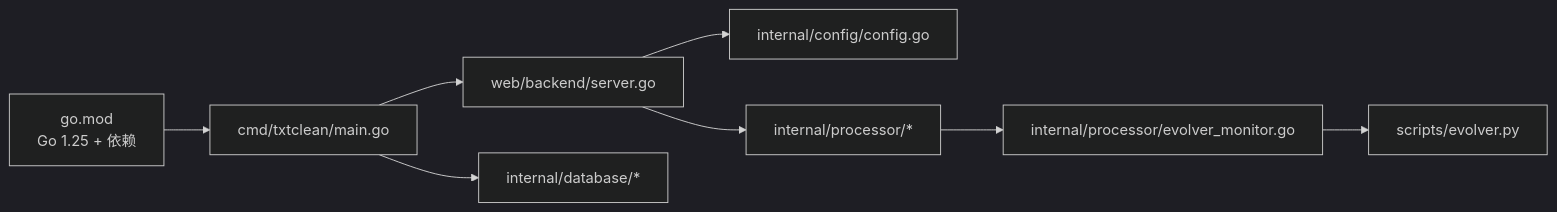
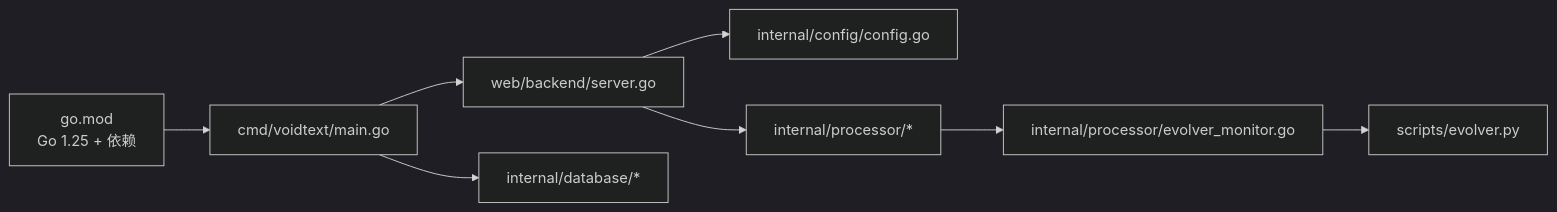
The fifth of 5 diagrams in repowikis/部署和运维/自动化部署.md (handy-h/VoidText), drawn with Mermaid (dark theme) before and after one commit. The commit also changed other lines of this file and 101 other files, not shown here.

````diff
--- a/repowikis/部署和运维/自动化部署.md
+++ b/repowikis/部署和运维/自动化部署.md
@@ -251,10 +251,10 @@
 ```mermaid
 graph LR
-A["go.mod<br/>Go 1.25 + 依赖"] --> B["cmd/txtclean/main.go"]
+A["go.mod<br/>Go 1.25 + 依赖"] --> B["cmd/voidtext/main.go"]
 B --> C["web/backend/server.go"]
 C --> D["internal/config/config.go"]
 B --> E["internal/database/*"]
 C --> F["internal/processor/*"]
 F --> G["internal/processor/evolver_monitor.go"]
 G --> H["scripts/evolver.py"]
 ```
````
